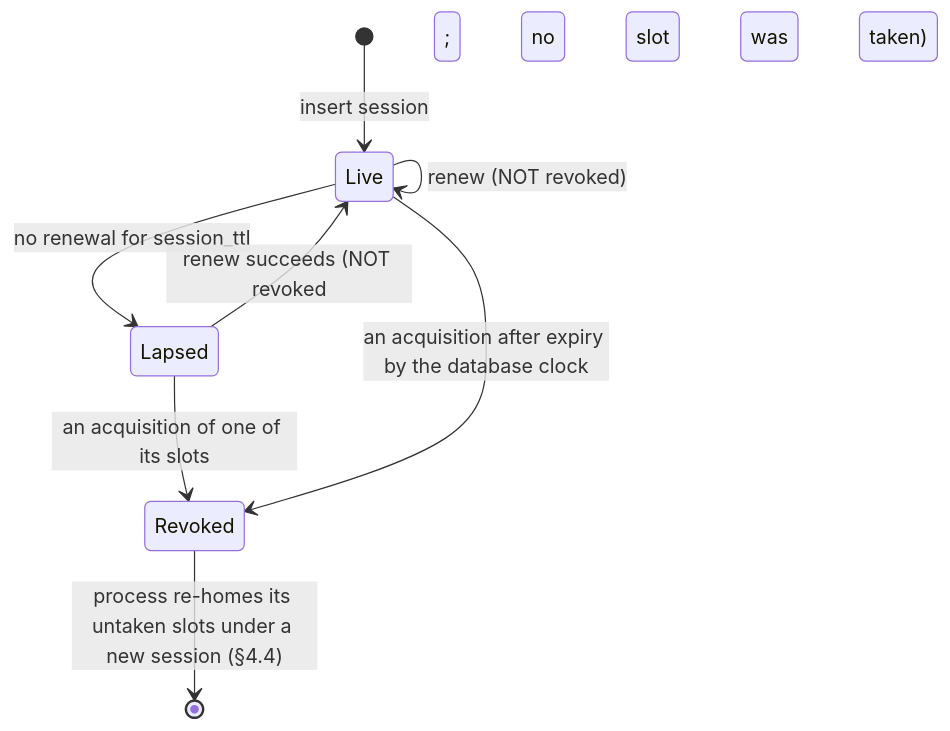
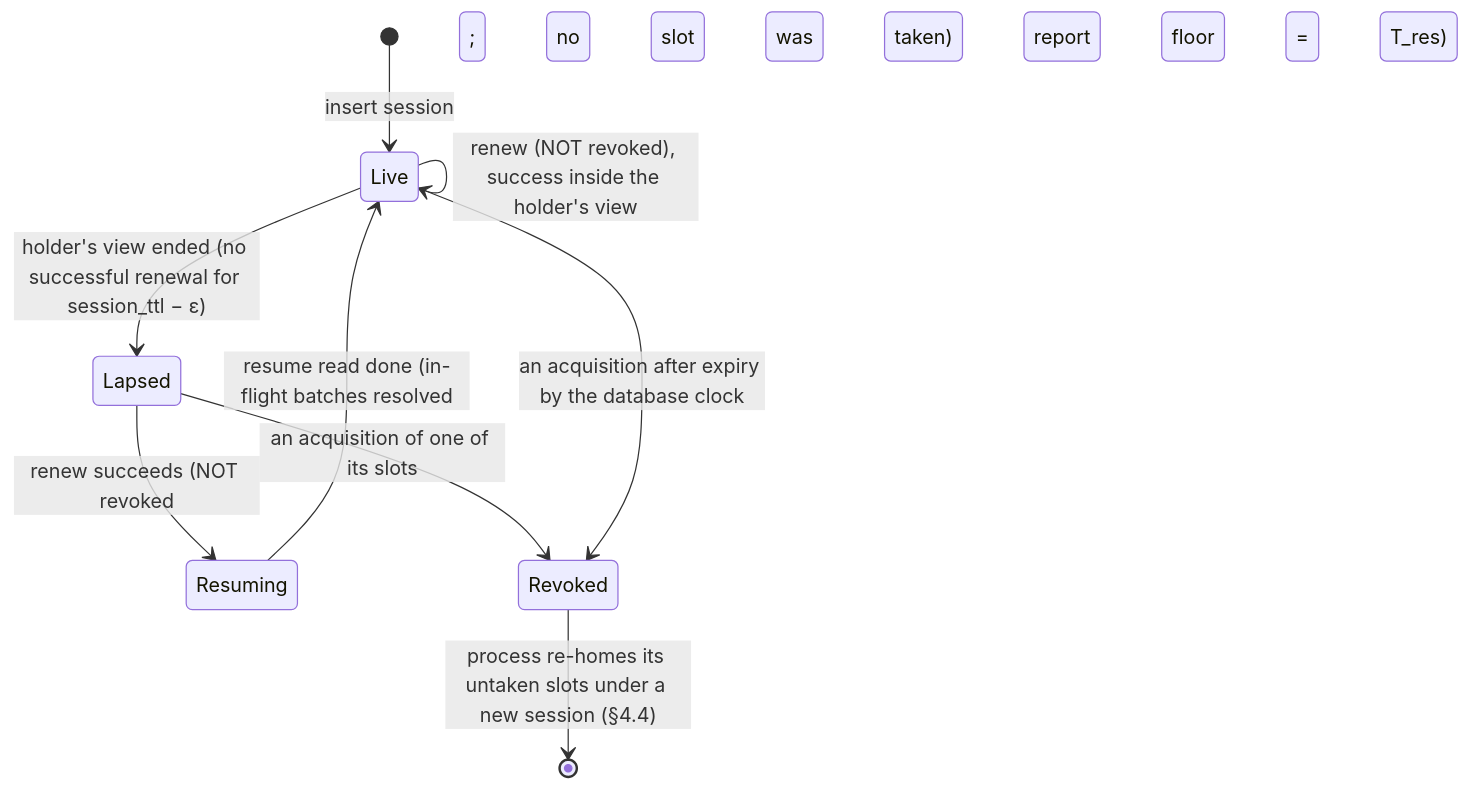
Before and after one commit to tgenov/bandwidth-reservations: the diagram in docs/03-rfcs/RFC-006-availability-and-operations.md, drawn with Mermaid. The commit also changed other lines of this file, not shown here.

````diff
--- a/docs/03-rfcs/RFC-006-availability-and-operations.md
+++ b/docs/03-rfcs/RFC-006-availability-and-operations.md
@@ -511,10 +587,11 @@
 ```mermaid
 stateDiagram-v2
   [*] --> Live: insert session
-  Live --> Live: renew (NOT revoked)
-  Live --> Lapsed: no renewal for session_ttl
-  Lapsed --> Live: renew succeeds (NOT revoked; no slot was taken)
+  Live --> Live: renew (NOT revoked), success inside the holder's view
+  Live --> Lapsed: holder's view ended (no successful renewal for session_ttl − ε)
+  Lapsed --> Resuming: renew succeeds (NOT revoked; no slot was taken)
+  Resuming --> Live: resume read done (in-flight batches resolved; report floor = T_res)
   Lapsed --> Revoked: an acquisition of one of its slots
   Live --> Revoked: an acquisition after expiry by the database clock
   Revoked --> [*]: process re-homes its untaken slots under a new session (§4.4)
 ```
````
